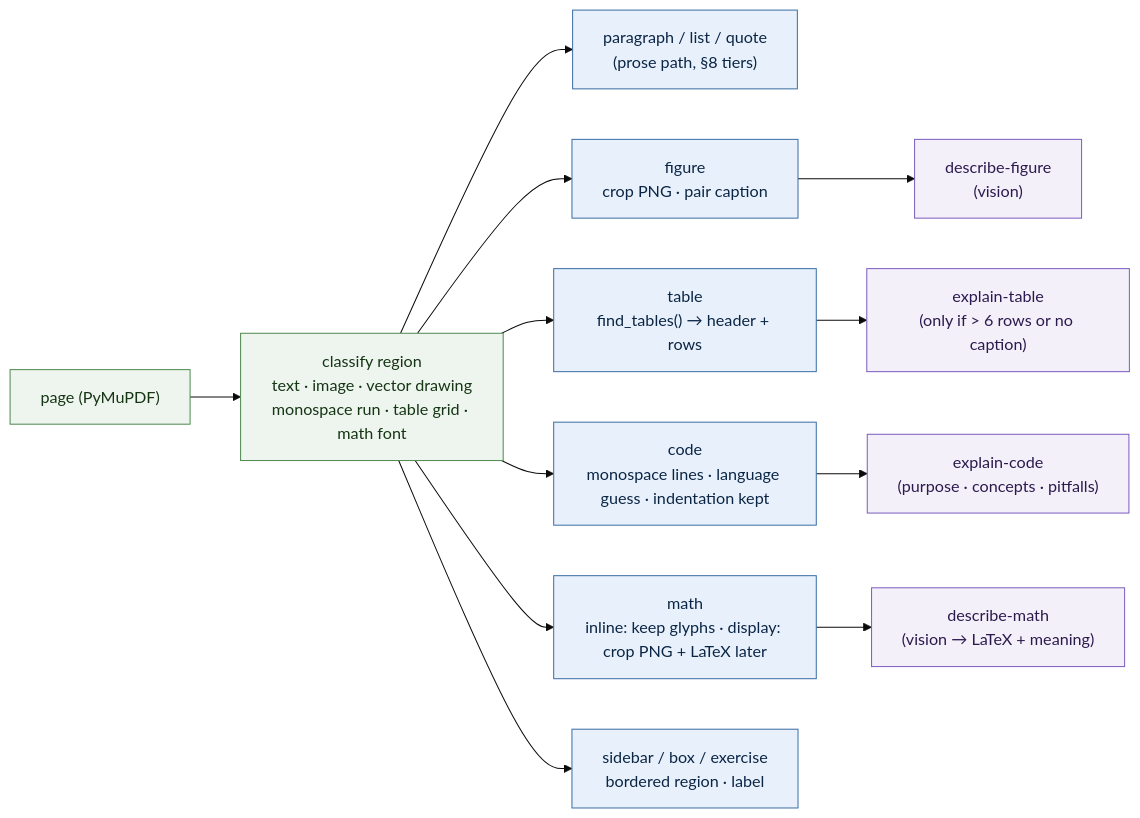
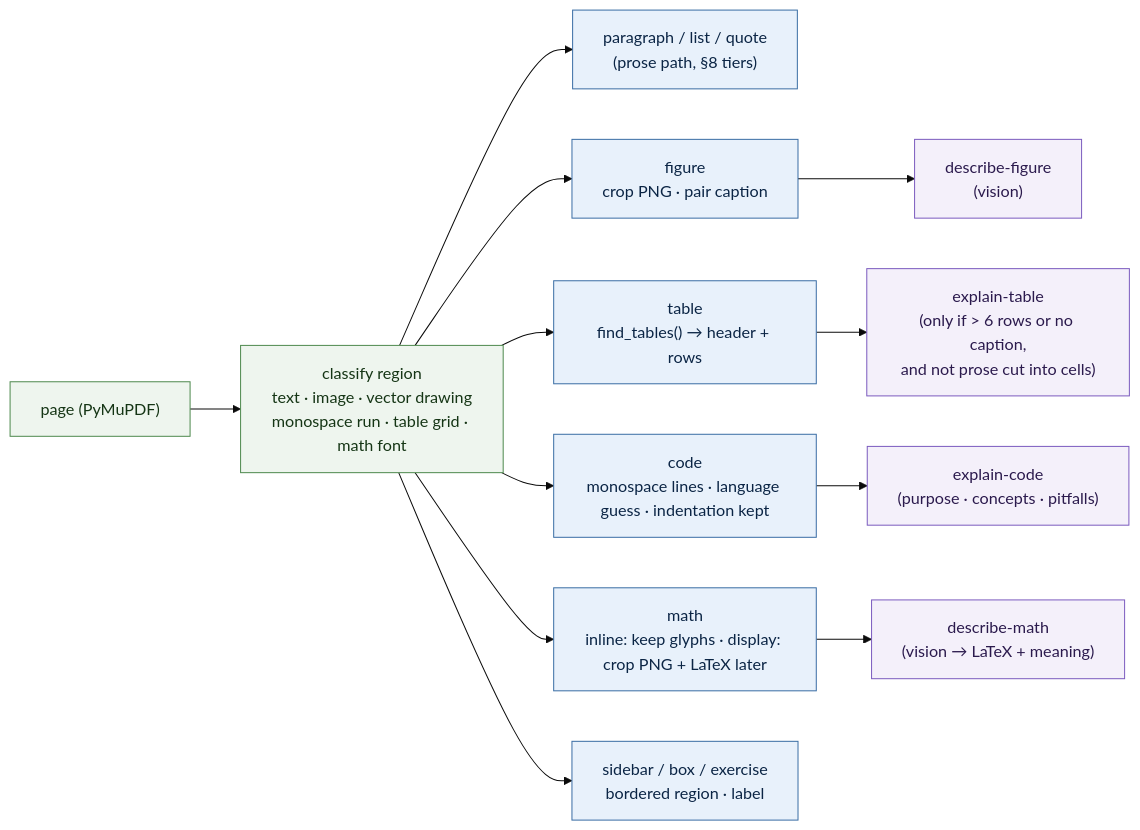
Before and after one commit to agharsallah/bookshelf: the seventh of 15 diagrams in docs/ARCHITECTURE.md, drawn with Mermaid (base theme). The commit also changed other lines of this file and 4 other files, not shown here.

Commit message:
feat(pipeline): do not queue explain-table for prose the extractor cut into cells

````diff
--- a/docs/ARCHITECTURE.md
+++ b/docs/ARCHITECTURE.md
@@ -629,22 +629,22 @@
 ```mermaid
 flowchart LR
   classDef py fill:#eef5ee,stroke:#4f8a4f,color:#153515
   classDef sk fill:#f4f0fa,stroke:#7c5cbf,color:#2b1a4d
   classDef out fill:#e8f1fb,stroke:#3b6ea5,color:#0b2545
 
   PDF["page (PyMuPDF)"]:::py
   CLS["classify region<br/>text · image · vector drawing<br/>monospace run · table grid · math font"]:::py
 
   PDF --> CLS
   CLS --> P["paragraph / list / quote<br/>(prose path, §8 tiers)"]:::out
   CLS --> F["figure<br/>crop PNG · pair caption"]:::out
   CLS --> T["table<br/>find_tables() → header + rows"]:::out
   CLS --> C["code<br/>monospace lines · language guess · indentation kept"]:::out
   CLS --> M["math<br/>inline: keep glyphs · display: crop PNG + LaTeX later"]:::out
   CLS --> S["sidebar / box / exercise<br/>bordered region · label"]:::out
 
   F --> DF["describe-figure<br/>(vision)"]:::sk
-  T --> DT["explain-table<br/>(only if > 6 rows or no caption)"]:::sk
+  T --> DT["explain-table<br/>(only if > 6 rows or no caption,<br/>and not prose cut into cells)"]:::sk
   C --> DC["explain-code<br/>(purpose · concepts · pitfalls)"]:::sk
   M --> DM["describe-math<br/>(vision → LaTeX + meaning)"]:::sk
 ```
````
